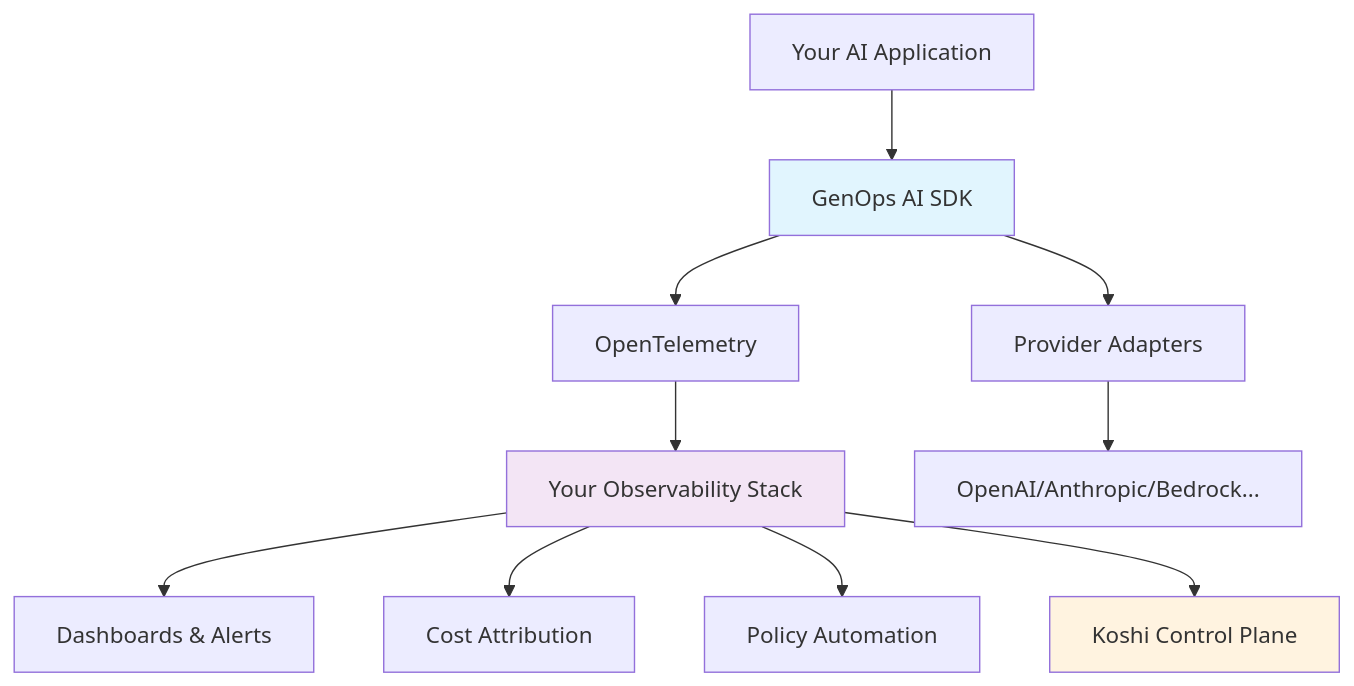
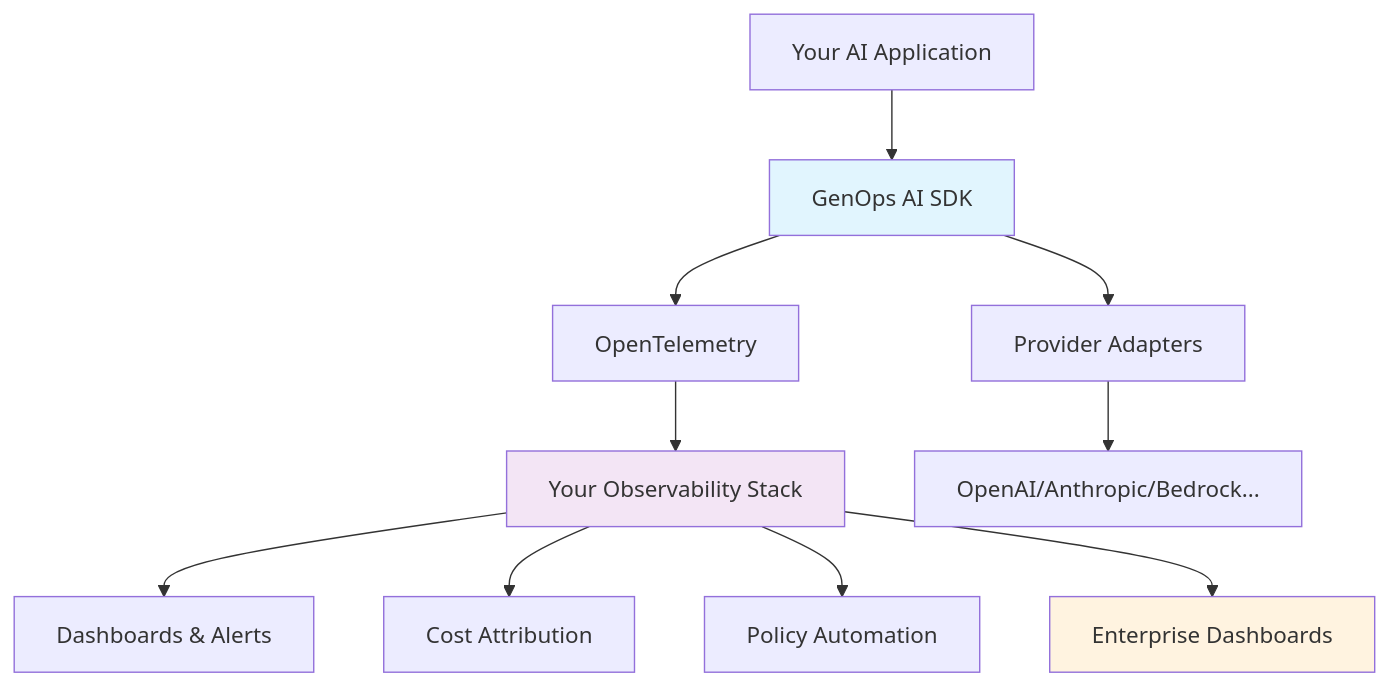
Before and after one commit to koshihq/genops-spec: the diagram in README.md, drawn with Mermaid. The commit also changed other lines of this file, not shown here.

First line of the commit message:
Remove Koshi references from README

````diff
--- a/README.md
+++ b/README.md
@@ -205,18 +211,18 @@
 ```mermaid
 graph TB
     A[Your AI Application] --> B[GenOps AI SDK]
     B --> C[OpenTelemetry]
     C --> D[Your Observability Stack]
     
     B --> E[Provider Adapters]
     E --> F[OpenAI/Anthropic/Bedrock...]
     
     D --> G[Dashboards & Alerts]
     D --> H[Cost Attribution]  
     D --> I[Policy Automation]
-    D --> J[Koshi Control Plane]
+    D --> J[Enterprise Dashboards]
     
     style B fill:#e1f5fe
     style D fill:#f3e5f5
     style J fill:#fff3e0
 ```
````
